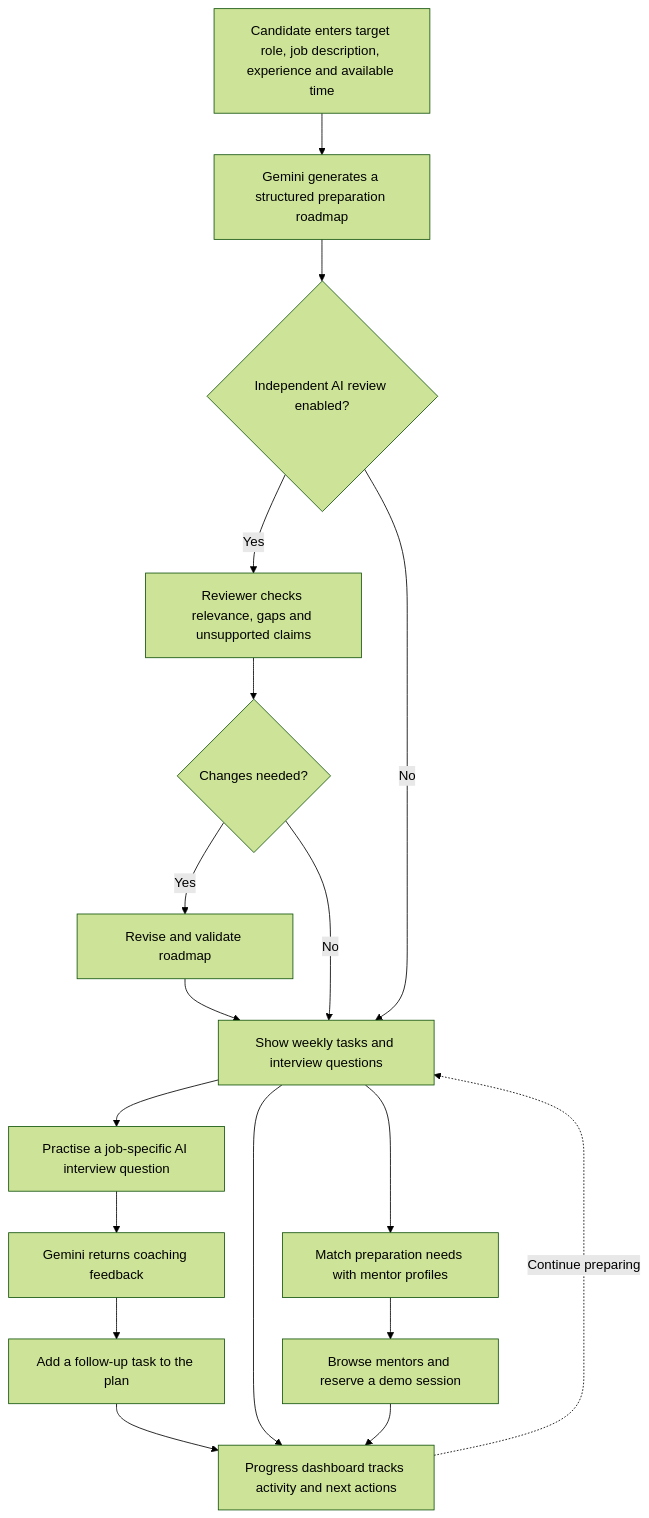
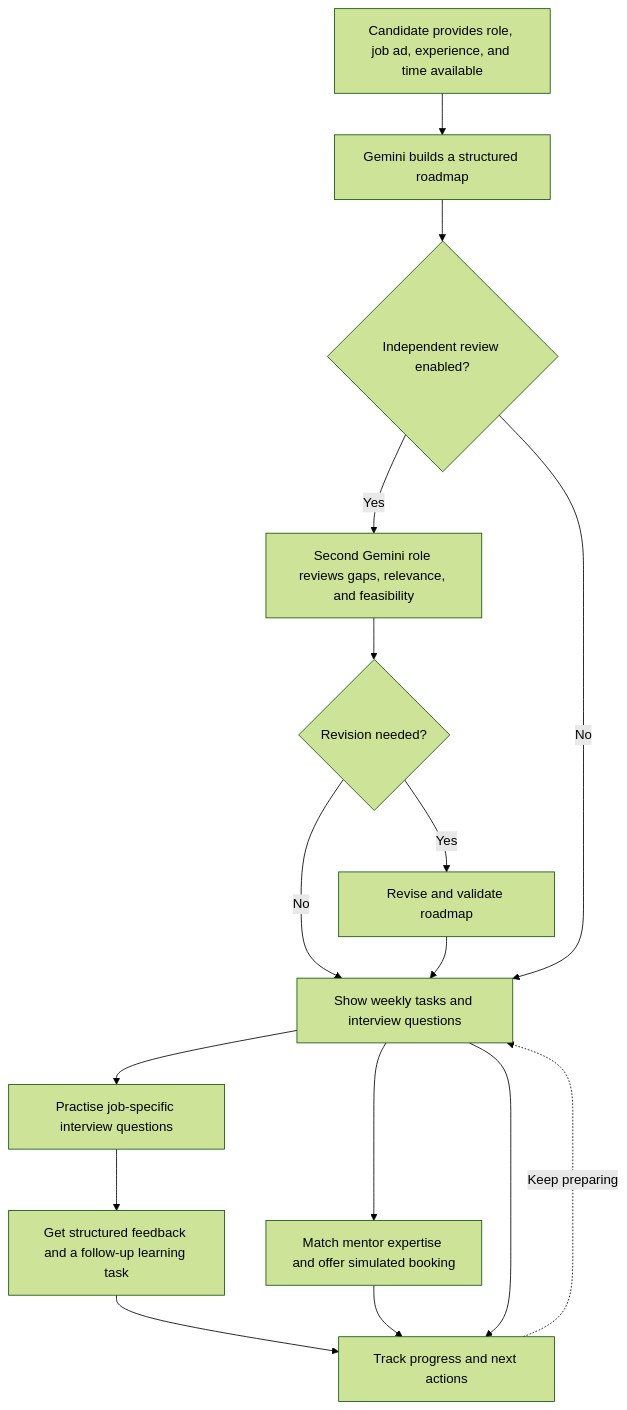
The diagram in README.md (Prabhsimran1313/zeil-careerconnect), drawn with Mermaid (forest theme) before and after one commit. The commit also changed other lines of this file, not shown here.

````diff
--- a/README.md
+++ b/README.md
@@ -208,27 +30,18 @@
 ```mermaid
 flowchart TD
-    A[Candidate enters target role, job description, experience and available time]
-    B[Gemini generates a structured preparation roadmap]
-    C{Independent AI review enabled?}
-    D[Reviewer checks relevance, gaps and unsupported claims]
-    E{Changes needed?}
-    F[Revise and validate roadmap]
-    G[Show weekly tasks and interview questions]
-    H[Match preparation needs with mentor profiles]
-    I[Browse mentors and reserve a demo session]
-    J[Practise a job-specific AI interview question]
-    K[Gemini returns coaching feedback]
-    L[Add a follow-up task to the plan]
-    M[Progress dashboard tracks activity and next actions]
-
-    A --> B --> C
-    C -- Yes --> D --> E
-    E -- Yes --> F --> G
-    E -- No --> G
+    A[Candidate provides role, job ad, experience, and time available] --> B[Gemini builds a structured roadmap]
+    B --> C{Independent review enabled?}
+    C -- Yes --> D[Second Gemini role reviews gaps, relevance, and feasibility]
+    D --> E{Revision needed?}
+    E -- Yes --> F[Revise and validate roadmap]
+    E -- No --> G[Show weekly tasks and interview questions]
+    F --> G
     C -- No --> G
-    G --> H --> I
-    G --> J --> K --> L --> M
-    G --> M
-    I --> M
-    M -. Continue preparing .-> G
+    G --> H[Match mentor expertise and offer simulated booking]
+    G --> I[Practise job-specific interview questions]
+    I --> J[Get structured feedback and a follow-up learning task]
+    J --> K[Track progress and next actions]
+    H --> K
+    G --> K
+    K -. Keep preparing .-> G
 ```
````
